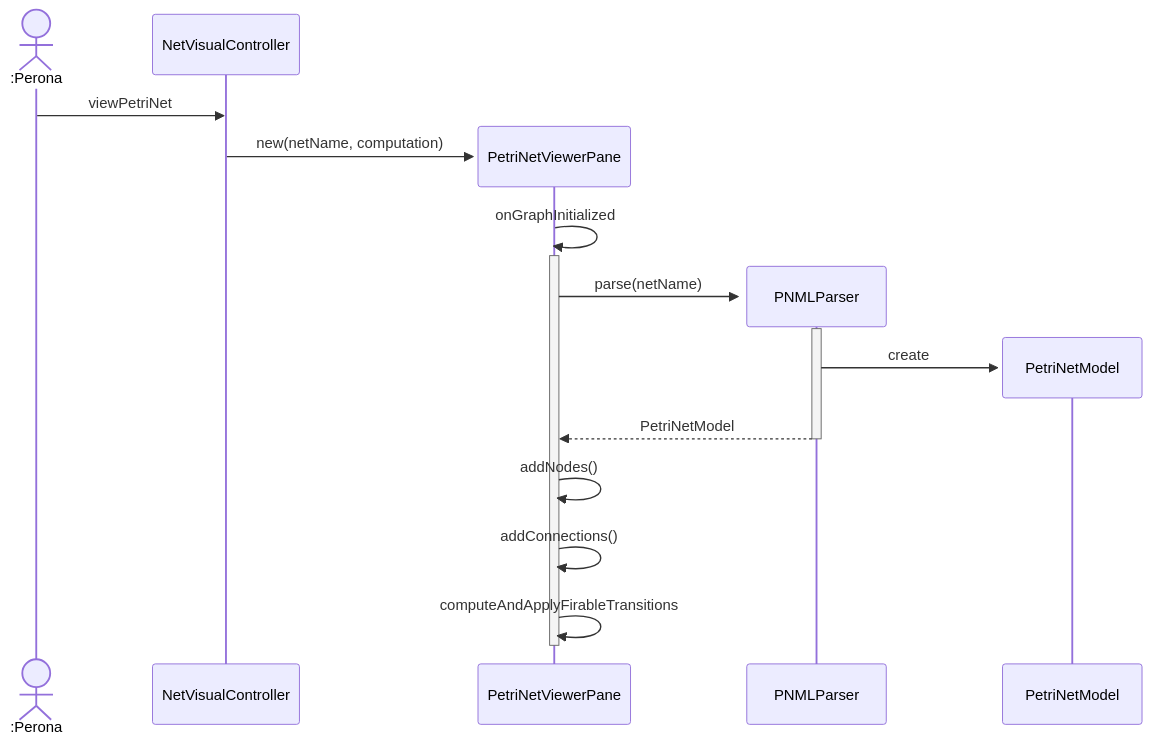
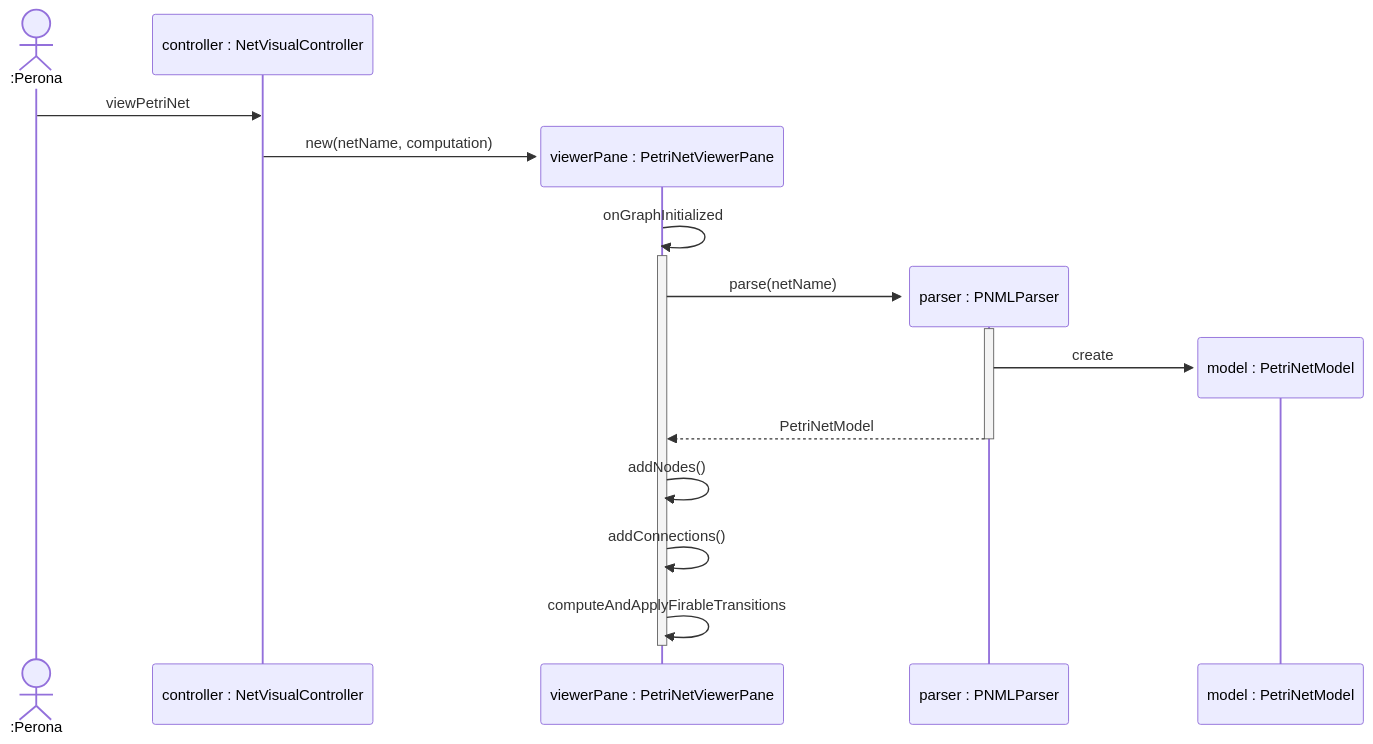
The diagram in docs/petri-net/sequence diagram/sequence_init_viewer_pane.mmd (alessio-vivaldelli/PetriHub), drawn with Mermaid before and after one commit. The commit also changed 7 other files, not shown here.

Commit message:
refactor sequence diagrams to improve participant naming for clarity and consistency

```diff
--- a/docs/petri-net/sequence diagram/sequence_init_viewer_pane.mmd
+++ b/docs/petri-net/sequence diagram/sequence_init_viewer_pane.mmd
@@ -1,20 +1,20 @@
 sequenceDiagram
     actor Persona as :Perona
-    participant Controller as NetVisualController
+    participant Controller as controller : NetVisualController
 
 
     Persona->>Controller:viewPetriNet
-    create participant Pane as PetriNetViewerPane
+    create participant Pane as viewerPane : PetriNetViewerPane
     Controller->>Pane: new(netName, computation)
     Pane->>+Pane: onGraphInitialized
-    create participant Parser as PNMLParser
+    create participant Parser as parser : PNMLParser
     Pane->>+Parser: parse(netName)
-    create participant Model as PetriNetModel
+    create participant Model as model : PetriNetModel
     Parser->>Model: create
 
     Parser-->>-Pane: PetriNetModel
     Pane->>Pane: addNodes()
     Pane->>Pane: addConnections()
 
     Pane->>Pane: computeAndApplyFirableTransitions
     deactivate Pane
```
